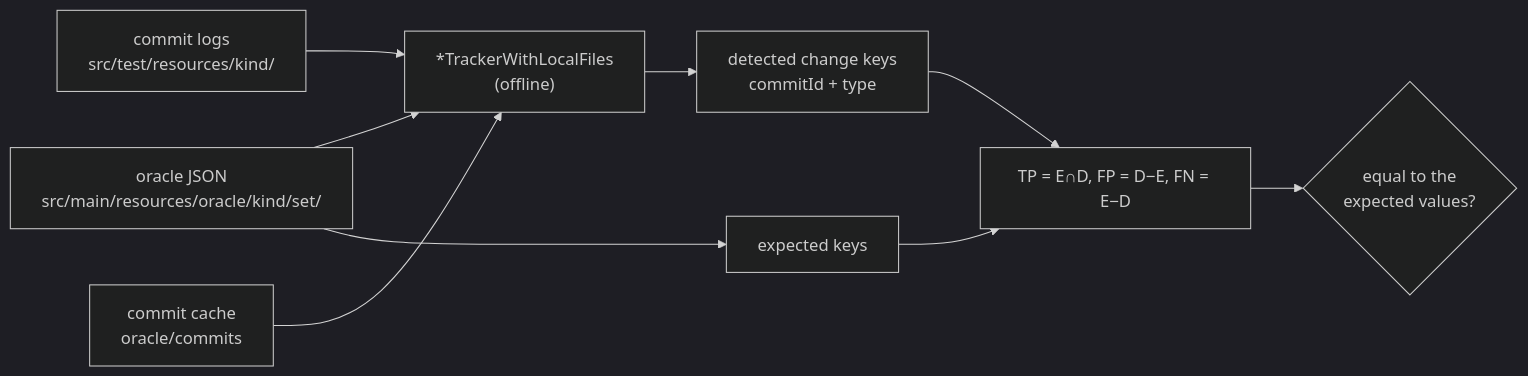
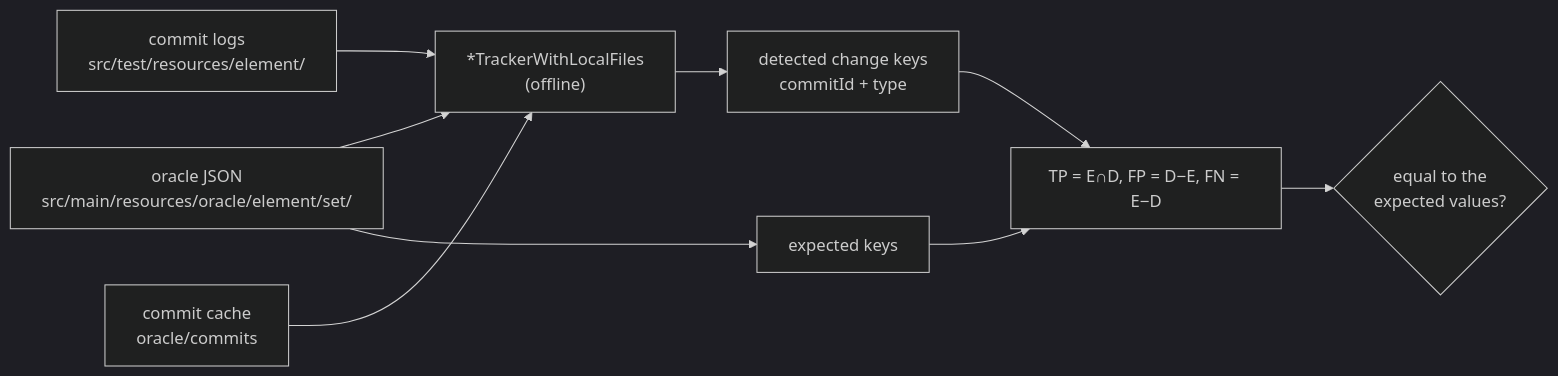
The diagram in docs/architecture/05-testing-and-evaluation.md (parinaz-st/code-tracker), drawn with Mermaid (dark theme) before and after one commit. The commit also changed other lines of this file and 11 other files, not shown here.

````diff
--- a/docs/architecture/05-testing-and-evaluation.md
+++ b/docs/architecture/05-testing-and-evaluation.md
@@ -14,11 +13,11 @@
 ```mermaid
 flowchart LR
-    O["oracle JSON<br/>src/main/resources/oracle/kind/set/"] --> T["*TrackerWithLocalFiles<br/>(offline)"]
-    CL["commit logs<br/>src/test/resources/kind/"] --> T
+    O["oracle JSON<br/>src/main/resources/oracle/element/set/"] --> T["*TrackerWithLocalFiles<br/>(offline)"]
+    CL["commit logs<br/>src/test/resources/element/"] --> T
     CC["commit cache<br/>oracle/commits"] --> T
     T --> K["detected change keys<br/>commitId + type"]
     O --> E["expected keys"]
     K --> M["TP = E∩D, FP = D−E, FN = E−D"]
     E --> M
     M --> X{"equal to the<br/>expected values?"}
 ```
````
